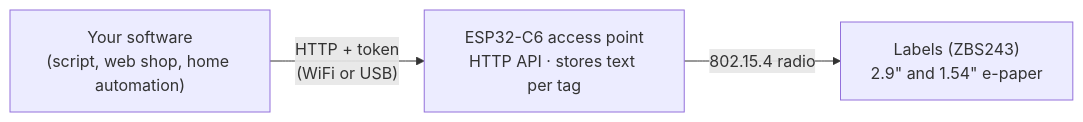
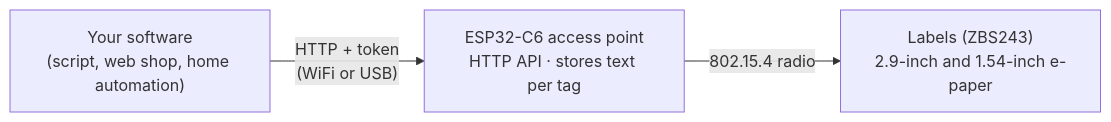
One commit to mathiasbk/openESL changed the diagram in README.md. Above: the diagram before and after it, drawn with Mermaid.

Commit message:
README: fix mermaid parse error in How it works diagram

````diff
--- a/README.md
+++ b/README.md
@@ -69,8 +69,8 @@
 ```mermaid
 flowchart LR
     client["Your software<br/>(script, web shop, home automation)"]
     ap["ESP32-C6 access point<br/>HTTP API · stores text per tag"]
-    tags["Labels (ZBS243)<br/>2.9&quot; and 1.54&quot; e-paper"]
+    tags["Labels (ZBS243)<br/>2.9-inch and 1.54-inch e-paper"]
     client -- "HTTP + token<br/>(WiFi or USB)" --> ap
     ap -- "802.15.4 radio" --> tags
 ```
````
